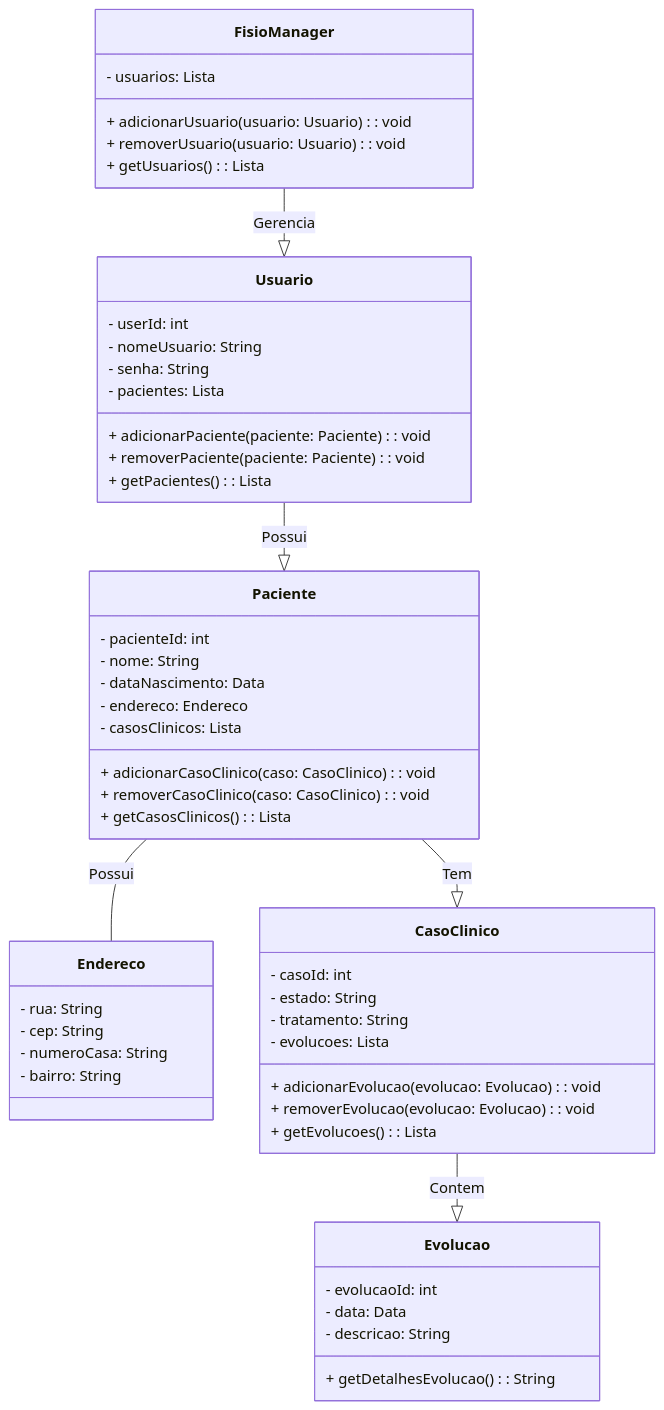
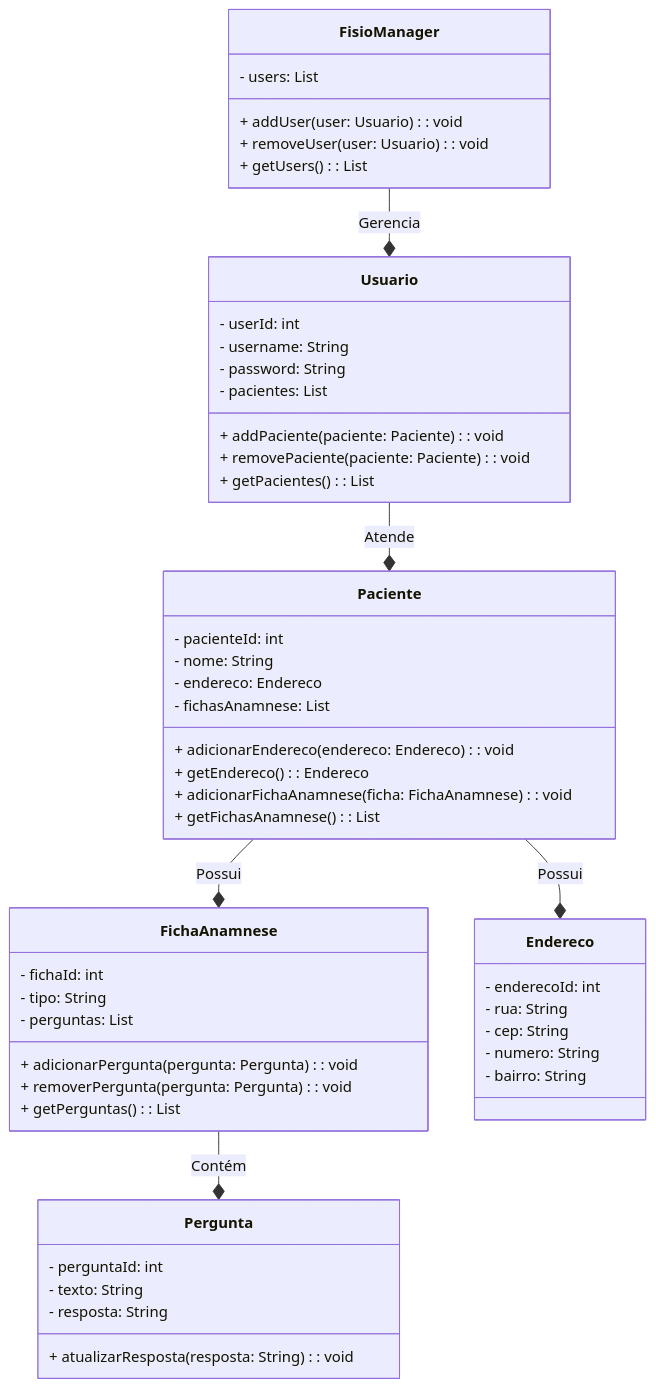
The diagram in README.md (savioarthur00/Api-RestFull-FisioApp), drawn with Mermaid before and after one commit.

````diff
--- a/README.md
+++ b/README.md
@@ -25,61 +25,63 @@
 ```mermaid
-classDiagram
+ classDiagram
   class FisioManager {
-    - usuarios: Lista<Usuario>
-    + adicionarUsuario(usuario: Usuario): void
-    + removerUsuario(usuario: Usuario): void
-    + getUsuarios(): Lista<Usuario>
+    - users: List<Usuario>
+    + addUser(user: Usuario): void
+    + removeUser(user: Usuario): void
+    + getUsers(): List<Usuario>
   }
 
   class Usuario {
     - userId: int
-    - nomeUsuario: String
-    - senha: String
-    - pacientes: Lista<Paciente>
-    + adicionarPaciente(paciente: Paciente): void
-    + removerPaciente(paciente: Paciente): void
-    + getPacientes(): Lista<Paciente>
+    - username: String
+    - password: String
+    - pacientes: List<Paciente>
+    + addPaciente(paciente: Paciente): void
+    + removePaciente(paciente: Paciente): void
+    + getPacientes(): List<Paciente>
   }
 
   class Paciente {
     - pacienteId: int
     - nome: String
-    - dataNascimento: Data
     - endereco: Endereco
-    - casosClinicos: Lista<CasoClinico>
-    + adicionarCasoClinico(caso: CasoClinico): void
-    + removerCasoClinico(caso: CasoClinico): void
-    + getCasosClinicos(): Lista<CasoClinico>
+    - fichasAnamnese: List<FichaAnamnese>
+    + adicionarEndereco(endereco: Endereco): void
+    + getEndereco(): Endereco
+    + adicionarFichaAnamnese(ficha: FichaAnamnese): void
+    + getFichasAnamnese(): List<FichaAnamnese>
+  }
+
+  class FichaAnamnese {
+    - fichaId: int
+    - tipo: String
+    - perguntas: List<Pergunta>
+    + adicionarPergunta(pergunta: Pergunta): void
+    + removerPergunta(pergunta: Pergunta): void
+    + getPerguntas(): List<Pergunta>
+  }
+
+  class Pergunta {
+    - perguntaId: int
+    - texto: String
+    - resposta: String
+    + atualizarResposta(resposta: String): void
   }
 
   class Endereco {
+    - enderecoId: int
     - rua: String
     - cep: String
-    - numeroCasa: String
+    - numero: String
     - bairro: String
   }
 
-  class CasoClinico {
-    - casoId: int
-    - estado: String
-    - tratamento: String
-    - evolucoes: Lista<Evolucao>
-    + adicionarEvolucao(evolucao: Evolucao): void
-    + removerEvolucao(evolucao: Evolucao): void
-    + getEvolucoes(): Lista<Evolucao>
-  }
+  FisioManager --* Usuario : Gerencia
+  Usuario --* Paciente : Atende
+  Paciente --* Endereco : Possui
+  Paciente --* FichaAnamnese : Possui
+  FichaAnamnese --* Pergunta : Contém
 
-  class Evolucao {
-    - evolucaoId: int
-    - data: Data
-    - descricao: String
-    + getDetalhesEvolucao(): String
-  }
 
-  FisioManager --|> Usuario : Gerencia
-  Usuario --|> Paciente : Possui
-  Paciente -- Endereco : Possui
-  Paciente --|> CasoClinico : Tem
-  CasoClinico --|> Evolucao : Contem
 
 ```
````
